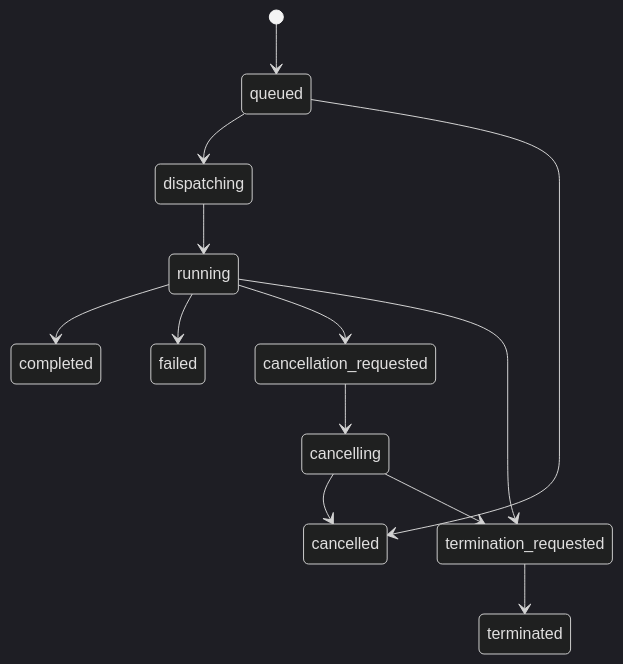
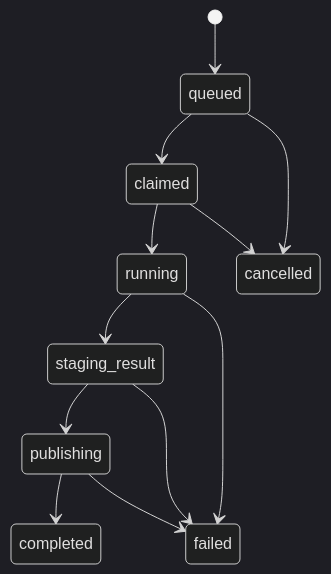
One commit to arfiligol/superconducting-circuits-research-workbench changed the diagram in docs/reference/app/shared/task-runtime-and-processors.md. Above: the diagram before and after it, drawn with Mermaid (dark theme). The commit also changed other lines of this file and 580 other files, not shown here.

````diff
--- a/docs/reference/app/shared/task-runtime-and-processors.md
+++ b/docs/reference/app/shared/task-runtime-and-processors.md
@@ -123,15 +42,14 @@
 ```mermaid
 stateDiagram-v2
     [*] --> queued
-    queued --> dispatching
-    dispatching --> running
+    queued --> claimed
+    claimed --> running
+    running --> staging_result
+    staging_result --> publishing
+    publishing --> completed
     queued --> cancelled
-    running --> completed
+    claimed --> cancelled
     running --> failed
-    running --> cancellation_requested
-    cancellation_requested --> cancelling
-    cancelling --> cancelled
-    running --> termination_requested
-    cancelling --> termination_requested
-    termination_requested --> terminated
+    staging_result --> failed
+    publishing --> failed
 ```
````
